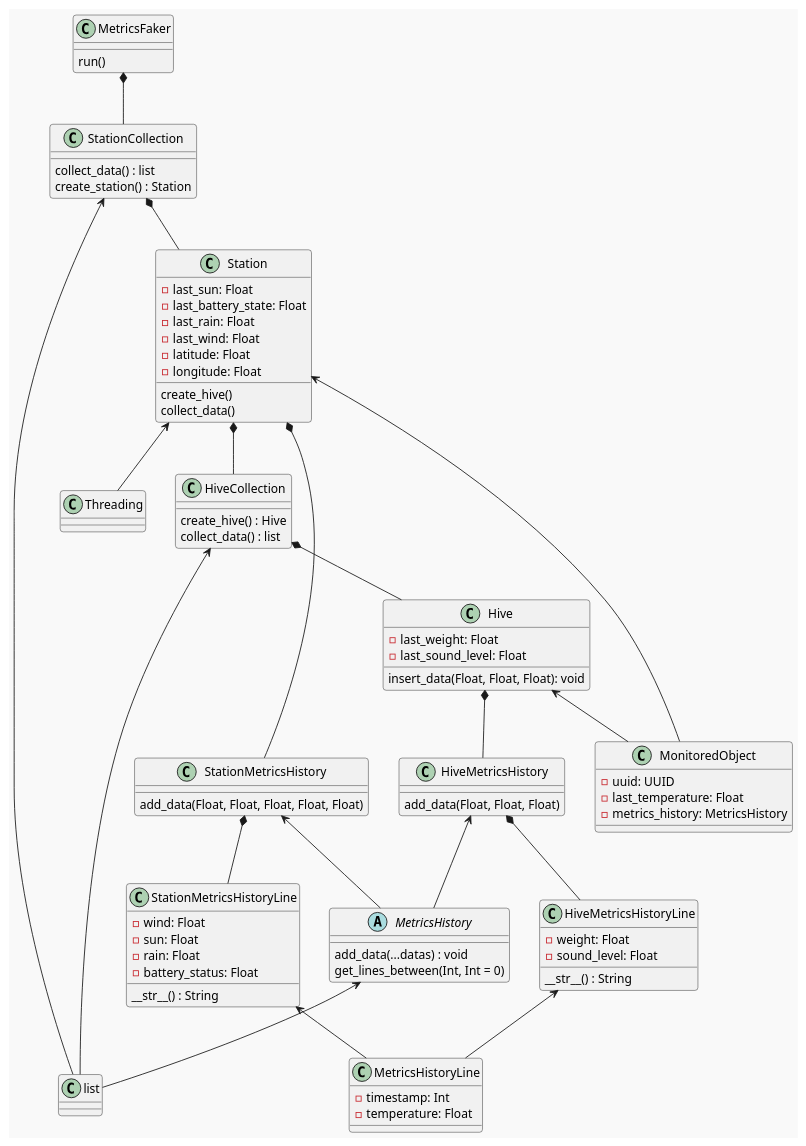
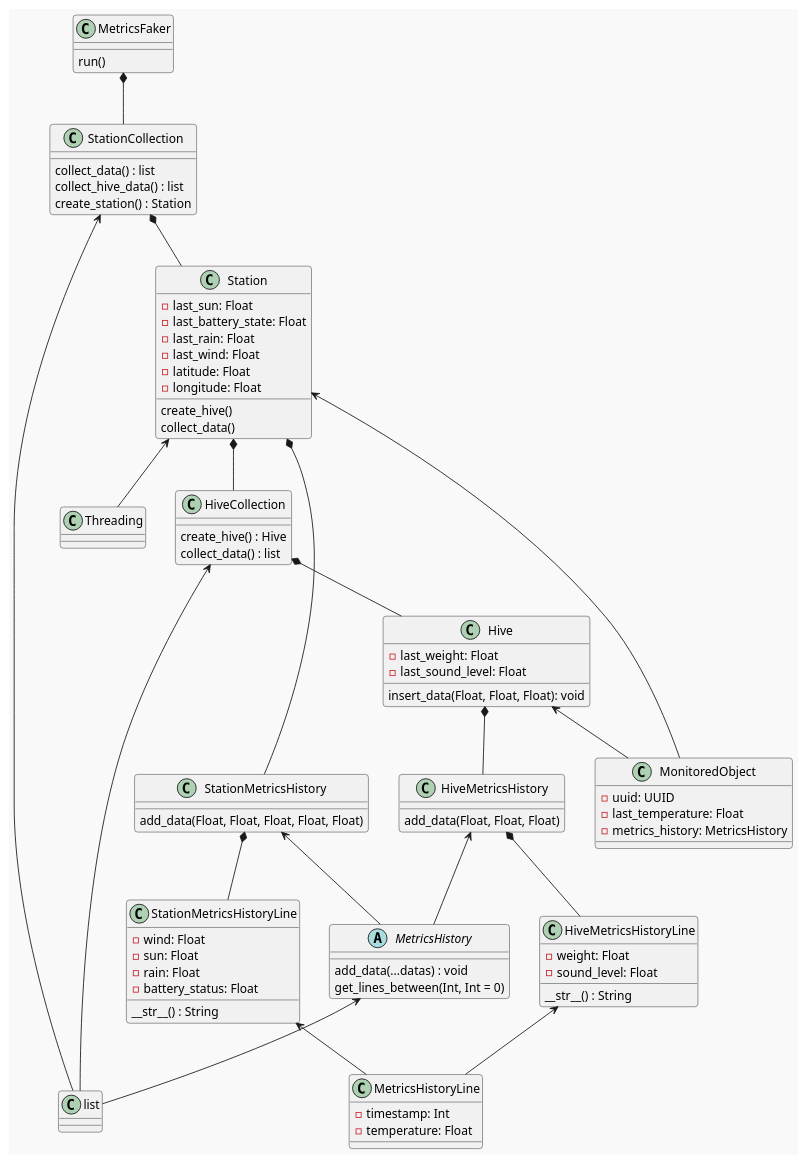
Before and after one commit to MayaProtect/MetricsFaker: the diagram in uml/classes.puml, drawn with PlantUML. The commit also changed 13 other files, not shown here.

```diff
--- a/uml/classes.puml
+++ b/uml/classes.puml
@@ -1,103 +1,104 @@
 @startuml
 !theme mars
 
 class MonitoredObject {
     -uuid: UUID
     -last_temperature: Float
     -metrics_history: MetricsHistory
 }
 
 class Hive {
     -last_weight: Float
     -last_sound_level: Float
     insert_data(Float, Float, Float): void
 }
 
 Hive <-- MonitoredObject
 
 abstract MetricsHistory {
     add_data(...datas) : void
     get_lines_between(Int, Int = 0)
 }
 
 class list
 
 MetricsHistory <-- list
 HiveCollection <-- list
 StationCollection <-- list
 
 class HiveMetricsHistory {
     add_data(Float, Float, Float)
 }
 
 HiveMetricsHistory <-- MetricsHistory
 Hive *-- HiveMetricsHistory
 
 class StationMetricsHistory {
     add_data(Float, Float, Float, Float, Float)
 }
 
 StationMetricsHistory <-- MetricsHistory
 Station *-- StationMetricsHistory
 
 class MetricsHistoryLine {
     -timestamp: Int
     -temperature: Float
 }
 
 class HiveMetricsHistoryLine {
     -weight: Float
     -sound_level: Float
     __str__() : String
 }
 
 HiveMetricsHistoryLine <-- MetricsHistoryLine
 HiveMetricsHistory *-- HiveMetricsHistoryLine
 
 class StationMetricsHistoryLine {
     -wind: Float
     -sun: Float
     -rain: Float
     -battery_status: Float
     __str__() : String
 }
 
 StationMetricsHistoryLine <-- MetricsHistoryLine
 StationMetricsHistory *-- StationMetricsHistoryLine
 
 class Station {
     -last_sun: Float
     -last_battery_state: Float
     -last_rain: Float
     -last_wind: Float
     -latitude: Float
     -longitude: Float
     create_hive()
     collect_data()
 }
 
 Station <-- MonitoredObject
 
 class HiveCollection {
     create_hive() : Hive
     collect_data() : list
 }
 
 HiveCollection *-- Hive
 Station *-- HiveCollection
 
 class StationCollection {
     collect_data() : list
+    collect_hive_data() : list
     create_station() : Station
 }
 StationCollection *-- Station
 
 class MetricsFaker {
     run()
 }
 MetricsFaker *-- StationCollection
 
 class Threading
 Station <-- Threading
 
 @enduml
```
